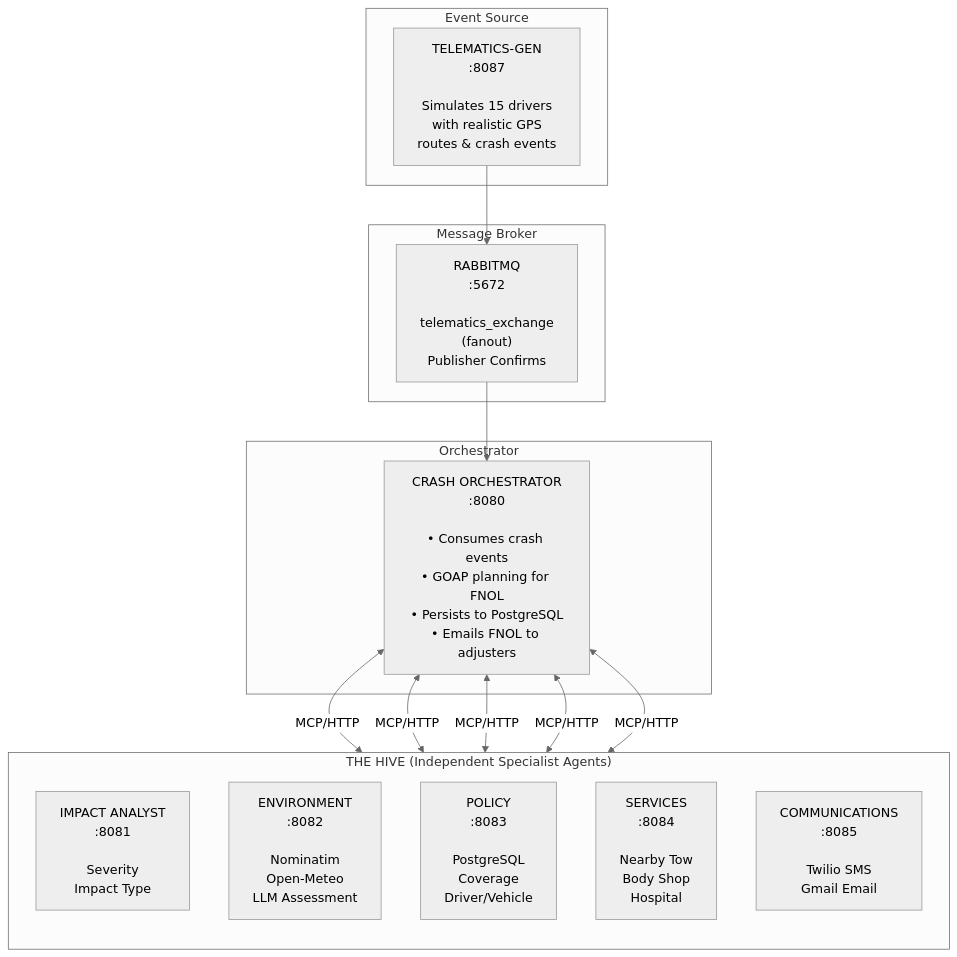
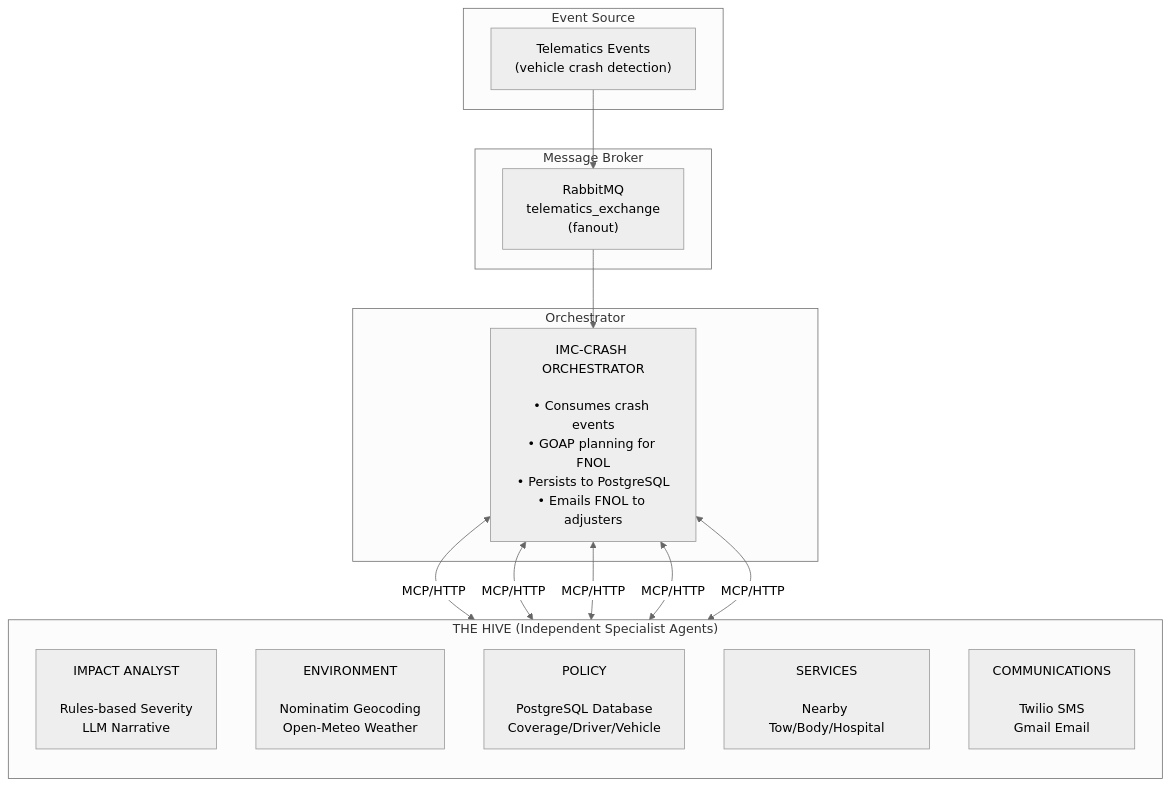
The first of 2 diagrams in README.md (dbbaskette/imc-crash), drawn with Mermaid (neutral theme) before and after one commit. The commit also changed other lines of this file and 2 other files, not shown here.

````diff
--- a/README.md
+++ b/README.md
@@ -24,31 +23,31 @@
 ```mermaid
 flowchart TB
     subgraph Input["Event Source"]
-        TG["TELEMATICS-GEN<br/>:8087<br/><br/>Simulates 15 drivers<br/>with realistic GPS<br/>routes & crash events"]
+        TEL["Telematics Events<br/>(vehicle crash detection)"]
     end
 
     subgraph Messaging["Message Broker"]
-        RMQ["RABBITMQ<br/>:5672<br/><br/>telematics_exchange<br/>(fanout)<br/>Publisher Confirms"]
+        RMQ["RabbitMQ<br/>telematics_exchange<br/>(fanout)"]
     end
 
     subgraph Orchestration["Orchestrator"]
-        ORCH["CRASH ORCHESTRATOR<br/>:8080<br/><br/>• Consumes crash events<br/>• GOAP planning for FNOL<br/>• Persists to PostgreSQL<br/>• Emails FNOL to adjusters"]
+        ORCH["IMC-CRASH ORCHESTRATOR<br/><br/>• Consumes crash events<br/>• GOAP planning for FNOL<br/>• Persists to PostgreSQL<br/>• Emails FNOL to adjusters"]
     end
 
-    TG --> RMQ --> ORCH
+    TEL --> RMQ --> ORCH
 
     subgraph Hive["THE HIVE (Independent Specialist Agents)"]
         direction TB
-        IA["IMPACT ANALYST<br/>:8081<br/><br/>Severity<br/>Impact Type"]
-        ENV["ENVIRONMENT<br/>:8082<br/><br/>Nominatim<br/>Open-Meteo<br/>LLM Assessment"]
-        POL["POLICY<br/>:8083<br/><br/>PostgreSQL<br/>Coverage<br/>Driver/Vehicle"]
-        SVC["SERVICES<br/>:8084<br/><br/>Nearby Tow<br/>Body Shop<br/>Hospital"]
-        COM["COMMUNICATIONS<br/>:8085<br/><br/>Twilio SMS<br/>Gmail Email"]
+        IA["IMPACT ANALYST<br/><br/>Rules-based Severity<br/>LLM Narrative"]
+        ENV["ENVIRONMENT<br/><br/>Nominatim Geocoding<br/>Open-Meteo Weather"]
+        POL["POLICY<br/><br/>PostgreSQL Database<br/>Coverage/Driver/Vehicle"]
+        SVC["SERVICES<br/><br/>Nearby Tow/Body/Hospital"]
+        COM["COMMUNICATIONS<br/><br/>Twilio SMS<br/>Gmail Email"]
     end
 
     ORCH <--> |"MCP/HTTP"| IA
     ORCH <--> |"MCP/HTTP"| ENV
     ORCH <--> |"MCP/HTTP"| POL
     ORCH <--> |"MCP/HTTP"| SVC
     ORCH <--> |"MCP/HTTP"| COM
 ```
````
